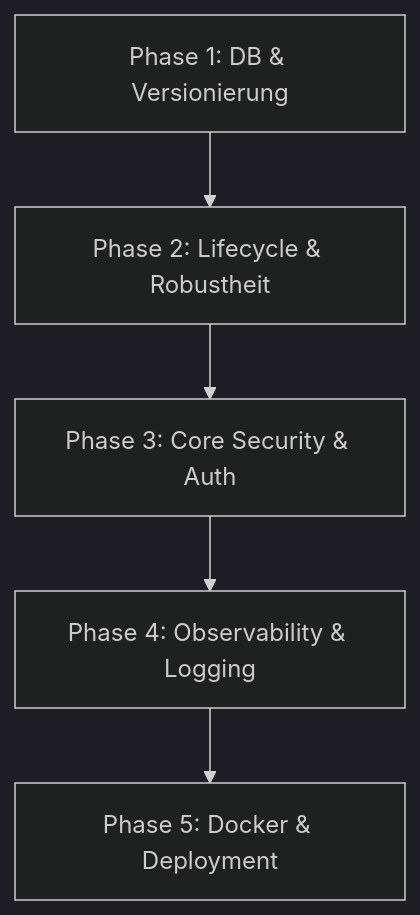
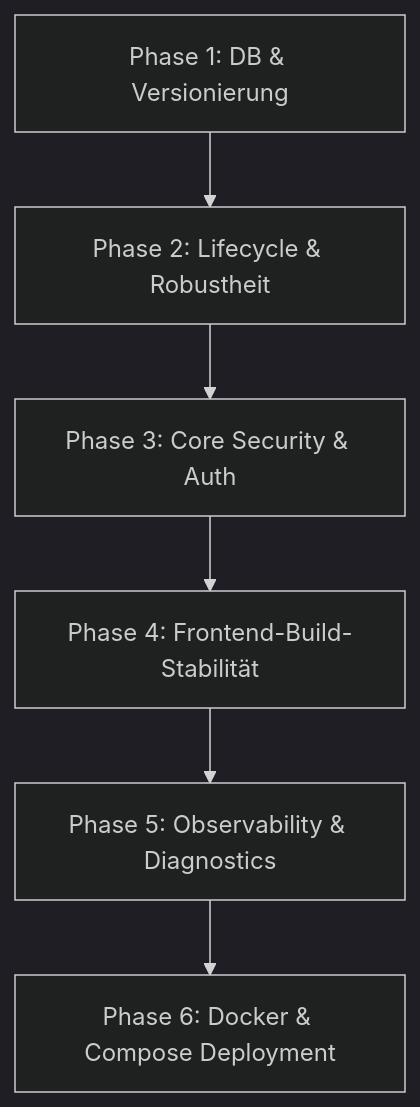
Before and after one commit to SleeperXr/GravityLAN: the diagram in gravitylan-improvements.md, drawn with Mermaid (dark theme). The commit also changed other lines of this file and 27 other files, not shown here.

````diff
--- a/gravitylan-improvements.md
+++ b/gravitylan-improvements.md
@@ -11,7 +19,8 @@
 ```mermaid
 graph TD
     P1[Phase 1: DB & Versionierung] --> P2[Phase 2: Lifecycle & Robustheit]
     P2 --> P3[Phase 3: Core Security & Auth]
-    P3 --> P4[Phase 4: Observability & Logging]
-    P4 --> P5[Phase 5: Docker & Deployment]
+    P3 --> P4[Phase 4: Frontend-Build-Stabilität]
+    P4 --> P5[Phase 5: Observability & Diagnostics]
+    P5 --> P6[Phase 6: Docker & Compose Deployment]
 ```
````
